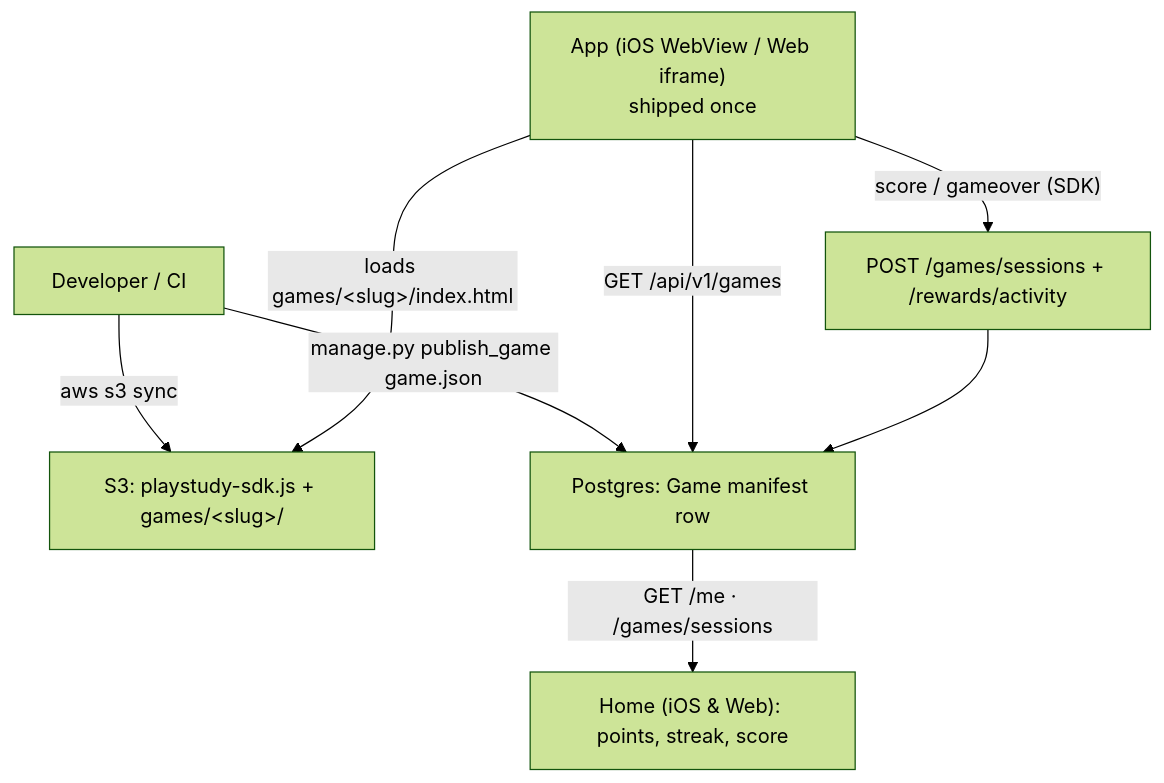
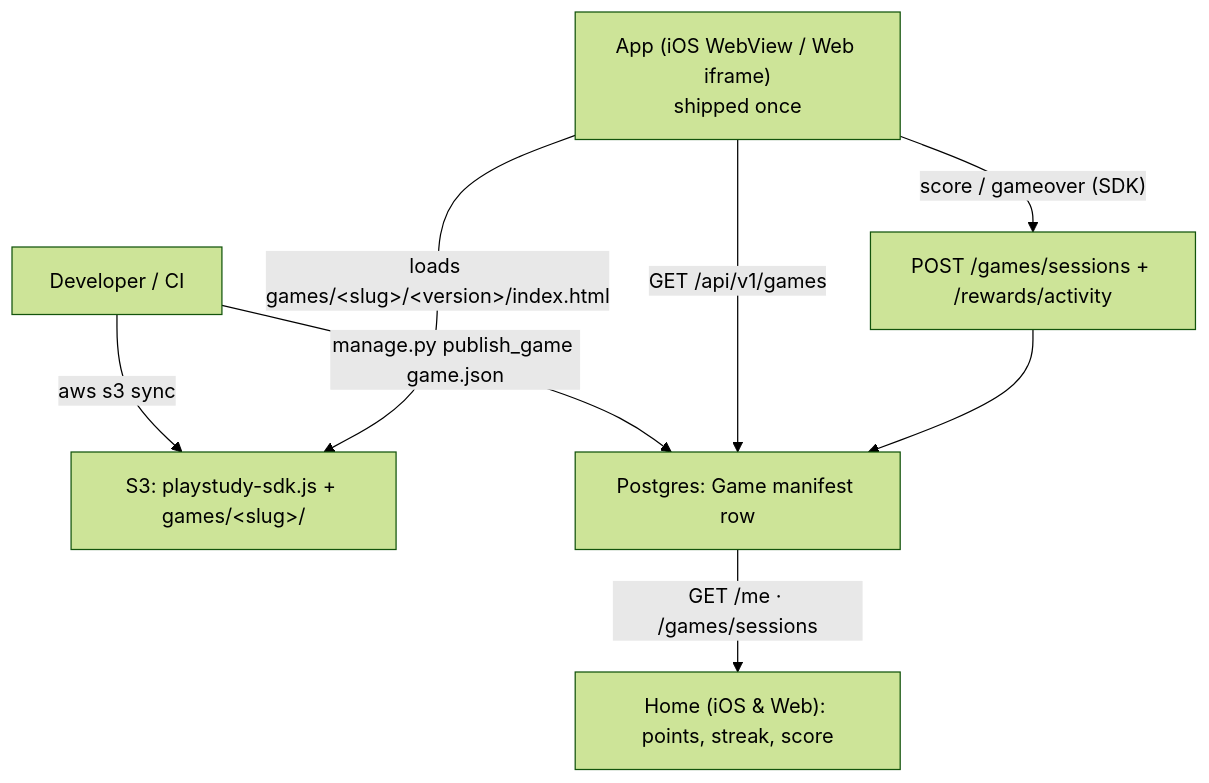
The diagram in games_host/PUBLISHING.md (Ifthikar20/ps-bk-dj), drawn with Mermaid (forest theme) before and after one commit. The commit also changed other lines of this file and 21 other files, not shown here.

````diff
--- a/games_host/PUBLISHING.md
+++ b/games_host/PUBLISHING.md
@@ -6,10 +6,10 @@
 ```mermaid
 flowchart TB
   Dev["Developer / CI"] -- "aws s3 sync" --> S3["S3: playstudy-sdk.js + games/&lt;slug&gt;/"]
   Dev -- "manage.py publish_game game.json" --> DB["Postgres: Game manifest row"]
   App["App (iOS WebView / Web iframe)\nshipped once"] -- "GET /api/v1/games" --> DB
-  App -- "loads games/&lt;slug&gt;/index.html" --> S3
+  App -- "loads games/&lt;slug&gt;/&lt;version&gt;/index.html" --> S3
   App -- "score / gameover (SDK)" --> Sess["POST /games/sessions + /rewards/activity"]
   Sess --> DB
   DB -- "GET /me · /games/sessions" --> Home["Home (iOS & Web): points, streak, score"]
 ```
````
